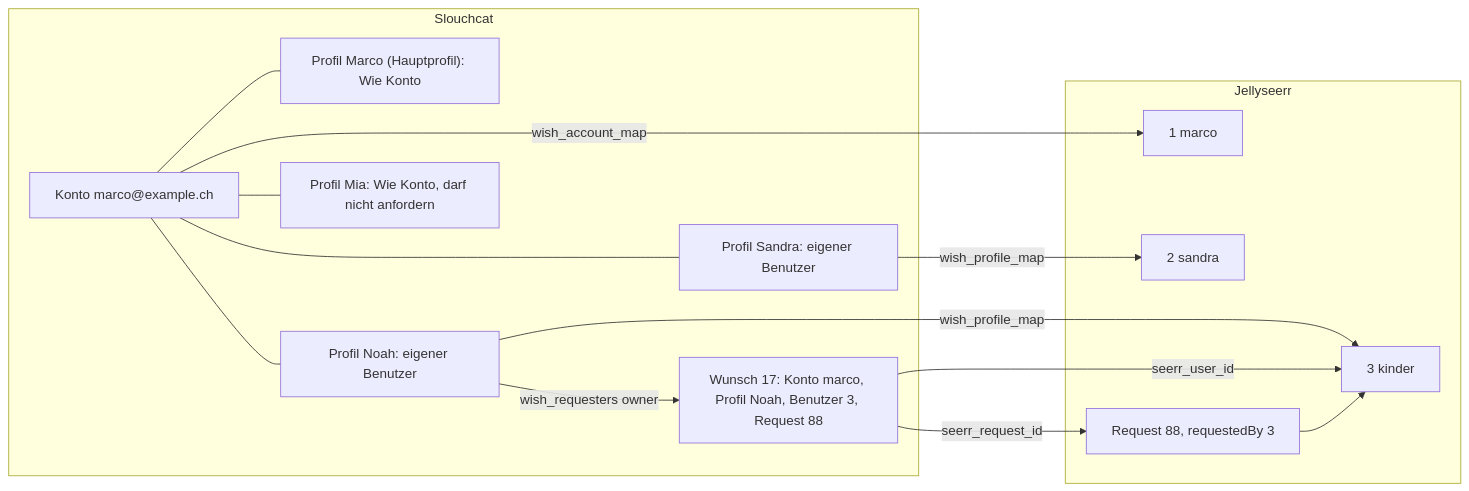
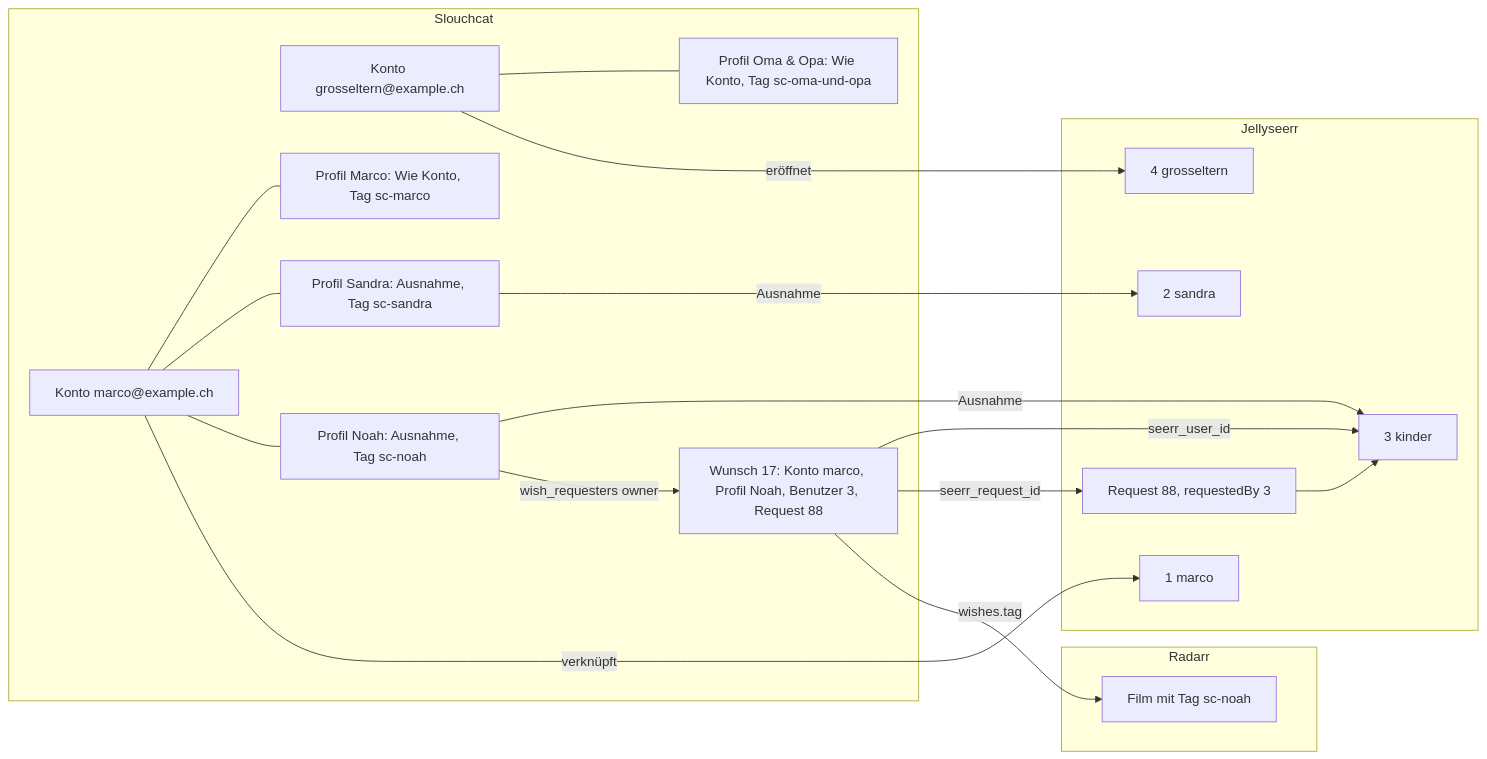
One commit to SlouchCat/slouchcat changed the second of 2 diagrams in docs/planning/25-medienwuensche/04-benutzer-profilmapping.md. Above: the diagram before and after it, drawn with Mermaid. The commit also changed other lines of this file and 33 other files, not shown here.

````diff
--- a/docs/planning/25-medienwuensche/04-benutzer-profilmapping.md
+++ b/docs/planning/25-medienwuensche/04-benutzer-profilmapping.md
@@ -182,28 +230,35 @@
 ```mermaid
 flowchart LR
   subgraph SC["Slouchcat"]
     K1["Konto marco@example.ch"]
-    PM["Profil Marco (Hauptprofil): Wie Konto"]
-    PS["Profil Sandra: eigener Benutzer"]
-    PN["Profil Noah: eigener Benutzer"]
-    PI["Profil Mia: Wie Konto, darf nicht anfordern"]
+    K2["Konto grosseltern@example.ch"]
+    PM["Profil Marco: Wie Konto, Tag sc-marco"]
+    PS["Profil Sandra: Ausnahme, Tag sc-sandra"]
+    PN["Profil Noah: Ausnahme, Tag sc-noah"]
+    PO["Profil Oma & Opa: Wie Konto, Tag sc-oma-und-opa"]
     W1["Wunsch 17: Konto marco, Profil Noah, Benutzer 3, Request 88"]
   end
   subgraph JS["Jellyseerr"]
     U1["1 marco"]
     U2["2 sandra"]
     U3["3 kinder"]
+    U4["4 grosseltern"]
     R88["Request 88, requestedBy 3"]
+  end
+  subgraph AR["Radarr"]
+    F1["Film mit Tag sc-noah"]
   end
   K1 --- PM
   K1 --- PS
   K1 --- PN
-  K1 --- PI
-  K1 -- "wish_account_map" --> U1
-  PS -- "wish_profile_map" --> U2
-  PN -- "wish_profile_map" --> U3
+  K2 --- PO
+  K1 -- "verknüpft" --> U1
+  K2 -- "eröffnet" --> U4
+  PS -- "Ausnahme" --> U2
+  PN -- "Ausnahme" --> U3
   PN -- "wish_requesters owner" --> W1
   W1 -- "seerr_user_id" --> U3
   W1 -- "seerr_request_id" --> R88
   R88 --> U3
+  W1 -- "wishes.tag" --> F1
 ```
````
